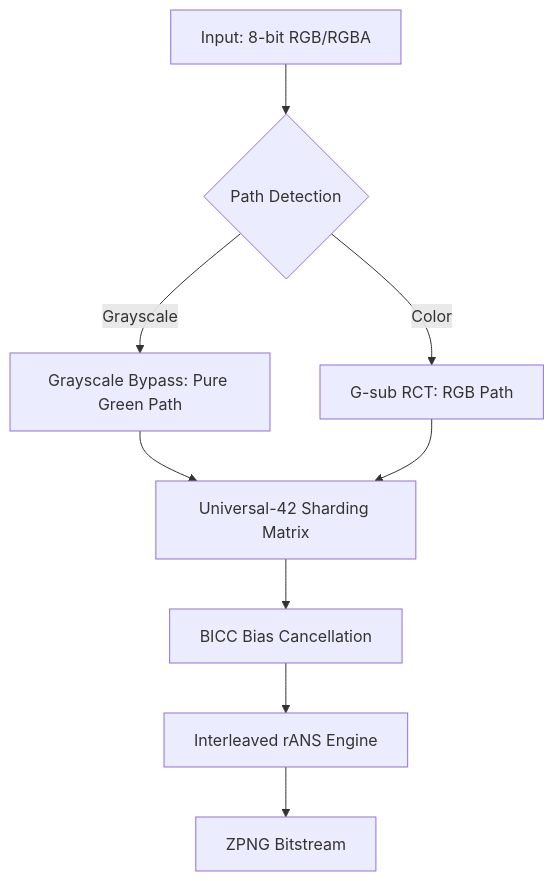
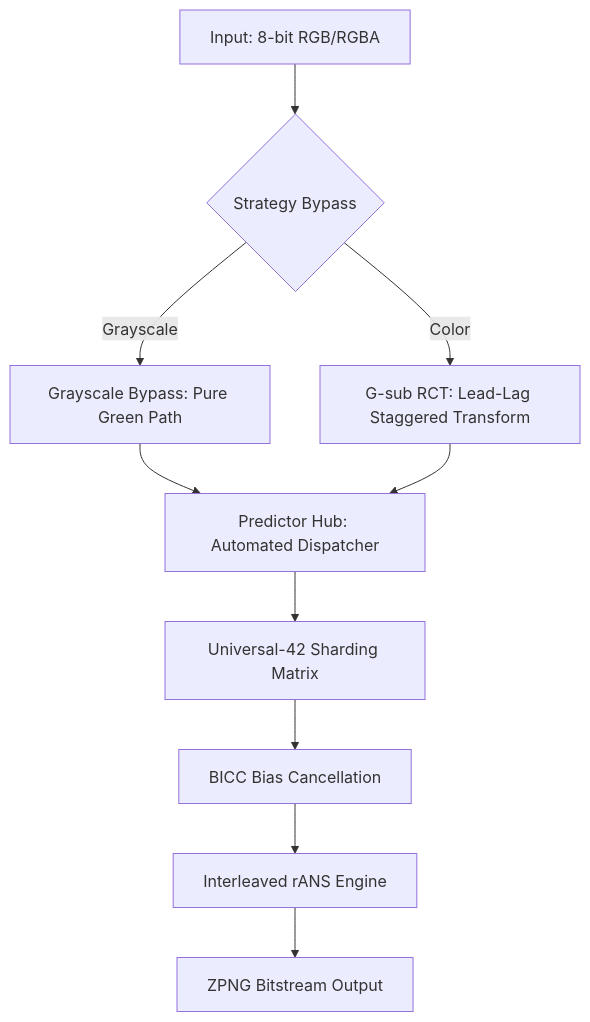
One commit to nonkilife/SPX-Image-Lossless-Compression changed the diagram in README.md. Above: the diagram before and after it, drawn with Mermaid. The commit also changed other lines of this file and 2 other files, not shown here.

Commit message:
feat: implement modular predictor hub and update CLI with advanced benchmarking options

````diff
--- a/README.md
+++ b/README.md
@@ -102,13 +134,13 @@
 ```mermaid
 graph TD
-    A[Input: 8-bit RGB/RGBA] --> B{Path Detection}
+    A[Input: 8-bit RGB/RGBA] --> B{Strategy Bypass}
     B -->|Grayscale| C1[Grayscale Bypass: Pure Green Path]
-    B -->|Color| C2[G-sub RCT: RGB Path]
+    B -->|Color| C2[G-sub RCT: Lead-Lag Staggered Transform]
     
-    C1 --> D[Bitplane Sharding Matrix]
-    C2 --> D[Universal-42 Sharding Matrix]
+    C1 & C2 --> D[Predictor Hub: Automated Dispatcher]
+    D --> E[Universal-42 Sharding Matrix]
     
-    D --> E[BICC Bias Cancellation]
-    E --> F[Interleaved rANS Engine]
-    F --> G[ZPNG Bitstream]
+    E --> F[BICC Bias Cancellation]
+    F --> G[Interleaved rANS Engine]
+    G --> H[ZPNG Bitstream Output]
 ```
````
